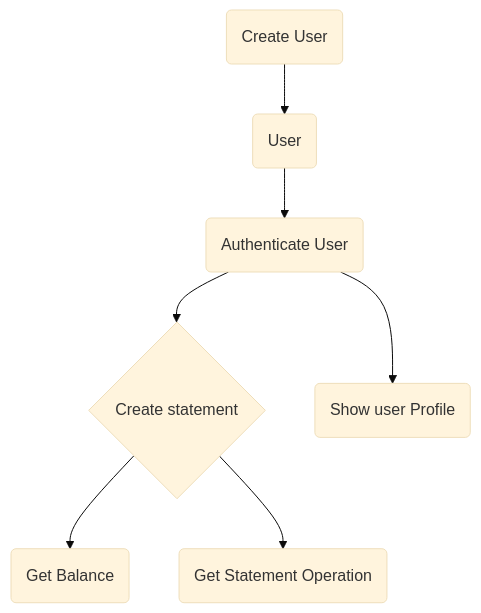
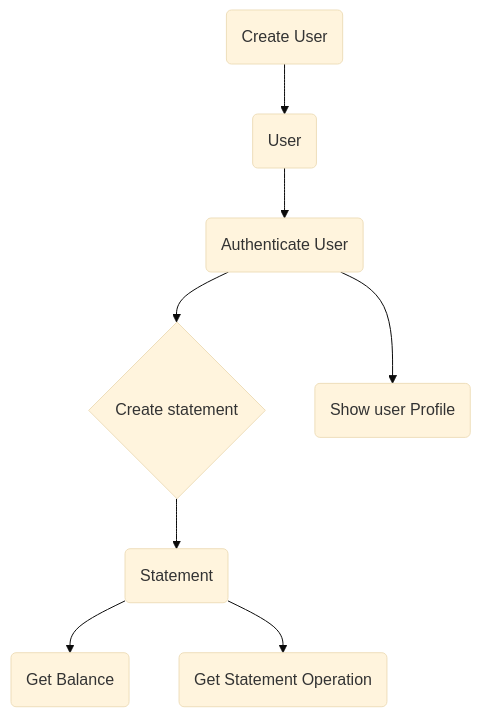
Before and after one commit to italomagno/testChallenge-Ignite: the diagram in README.md, drawn with Mermaid (base theme).

Commit message:
statement redame

````diff
--- a/README.md
+++ b/README.md
@@ -20,9 +20,10 @@
    ```mermaid
    graph TD;
     A(Create User)-->B(User);
     B(User)-->D(Authenticate User);
     D(Authenticate User)-->E{Create statement};
     D(Authenticate User)-->C(Show user Profile);
-    E{Create statement}-->F(Get Balance);
-    E{Create statement}-->G(Get Statement Operation);
+    E{Create statement}-->F(Statement);
+    F(Statement)-->G(Get Balance);
+    F(Statement)-->H(Get Statement Operation);
   ```
````
